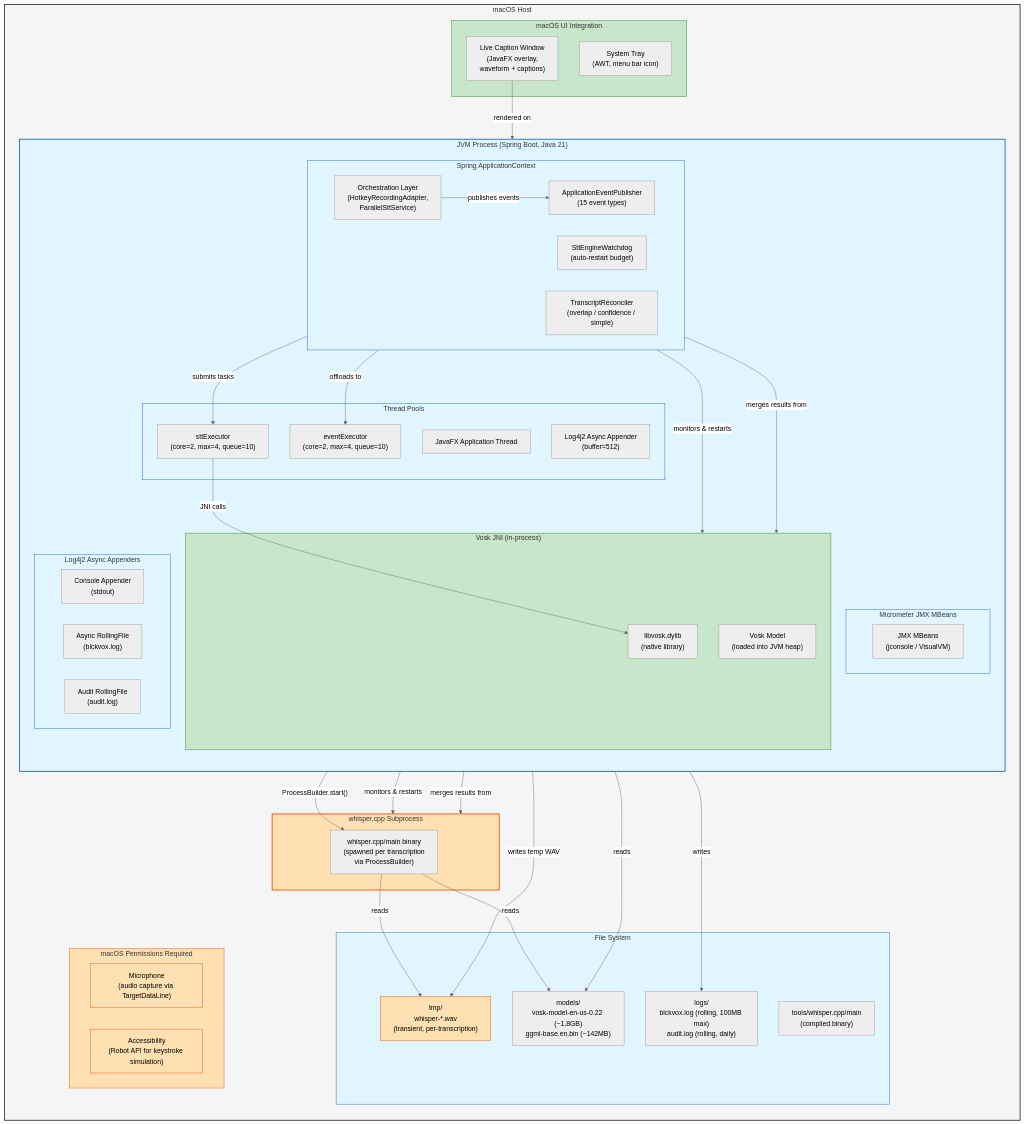
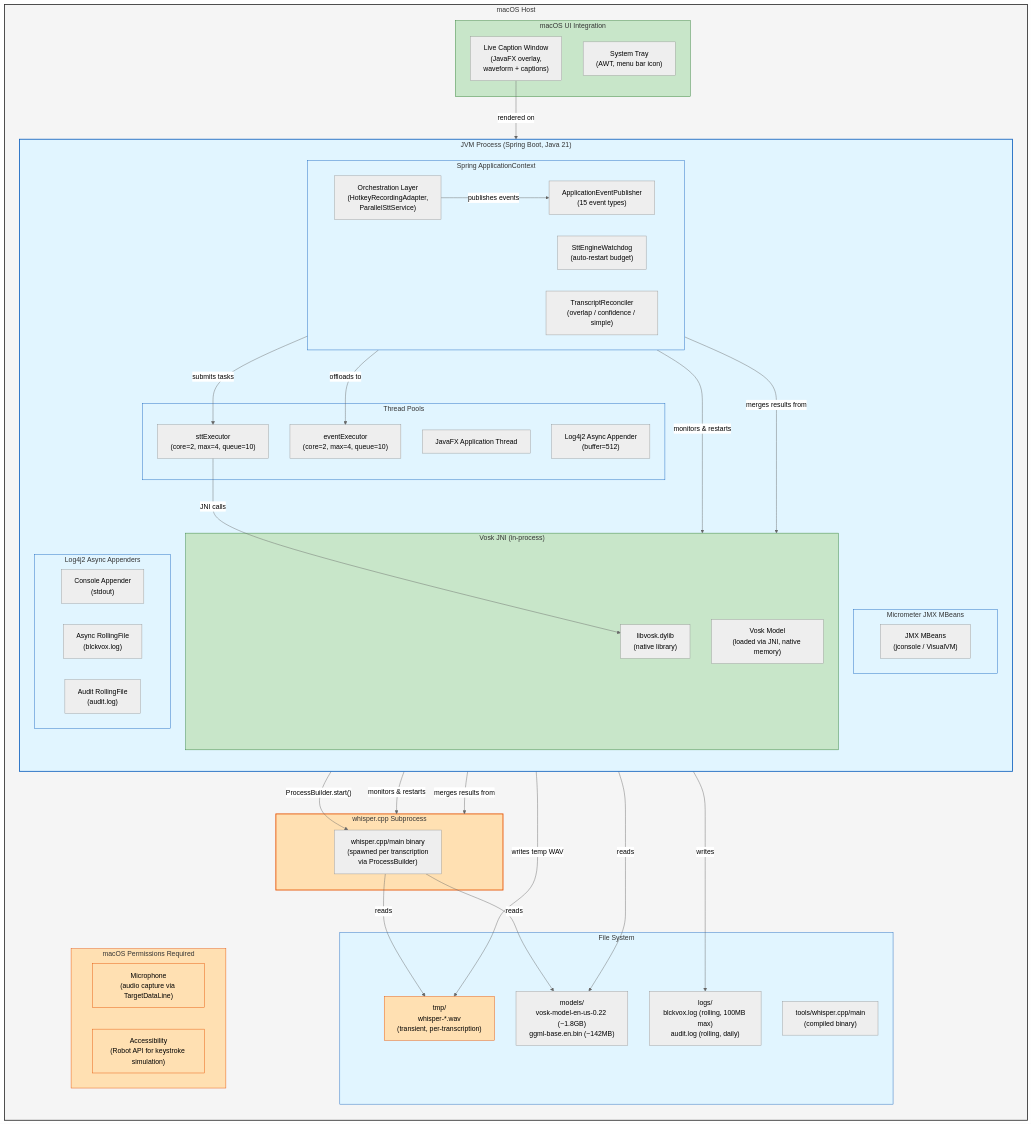
Before and after one commit to phillippitts/blckvox: the first of 2 diagrams in docs/diagrams/deployment-topology.md, drawn with Mermaid (neutral theme). The commit also changed other lines of this file and 18 other files, not shown here.

```diff
--- a/docs/diagrams/deployment-topology.md
+++ b/docs/diagrams/deployment-topology.md
@@ -26,7 +26,7 @@
 
             subgraph VoskJNI["Vosk JNI (in-process)"]
                 VoskLib["libvosk.dylib<br/>(native library)"]
-                VoskModel["Vosk Model<br/>(loaded into JVM heap)"]
+                VoskModel["Vosk Model<br/>(loaded via JNI, native memory)"]
             end
 
             subgraph ThreadPools["Thread Pools"]
```
